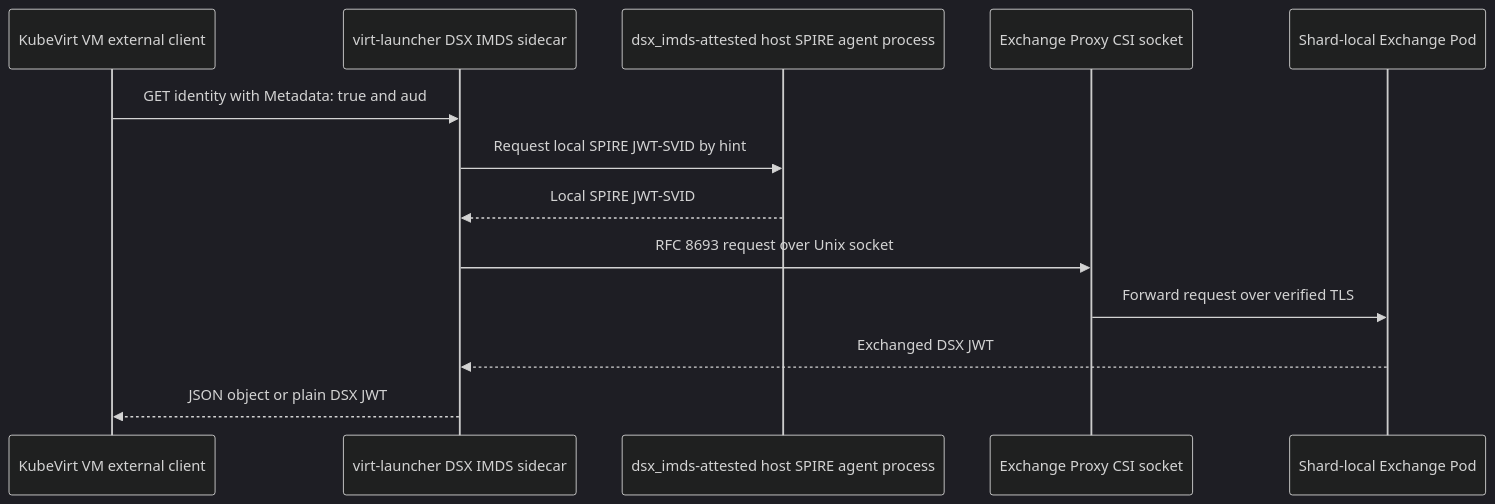
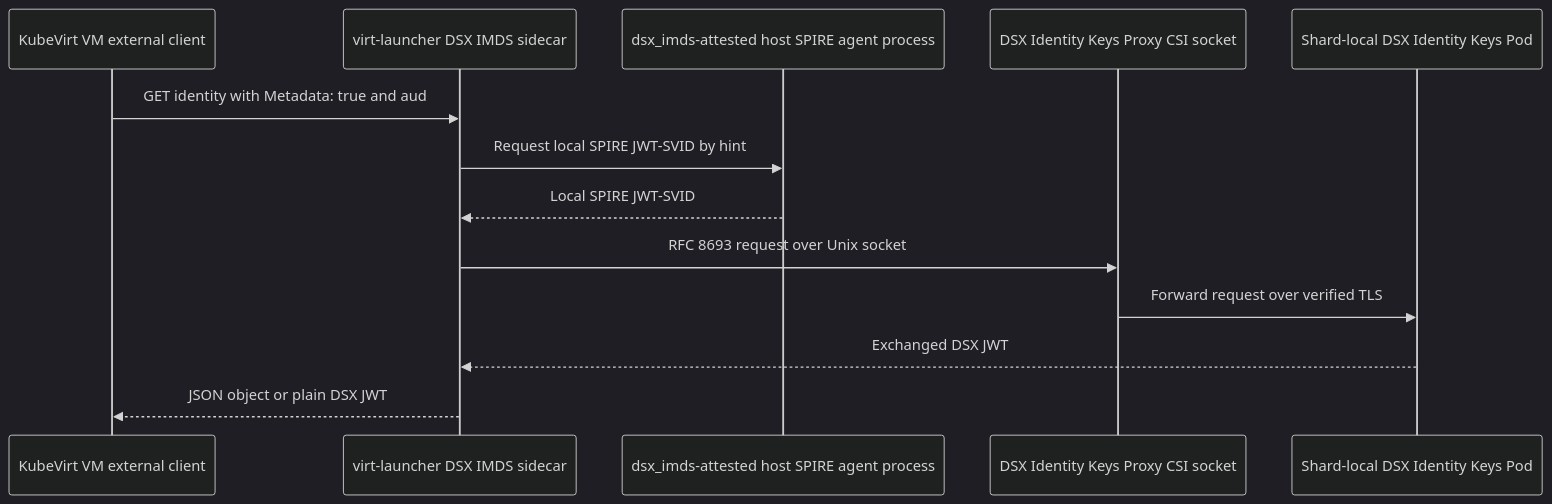
The first of 3 diagrams in cmd/metadata-service/README.md (dsx-ai-factory/nvidia-workload-identity), drawn with Mermaid (dark theme) before and after one commit. The commit also changed other lines of this file and 68 other files, not shown here.

Commit message:
fix!: rename component to dsx-identity-keys

````diff
--- a/cmd/metadata-service/README.md
+++ b/cmd/metadata-service/README.md
@@ -9,15 +10,15 @@
 ```mermaid
 sequenceDiagram
     participant VM as KubeVirt VM external client
     participant MS as virt-launcher DSX IMDS sidecar
     participant SA as dsx_imds-attested host SPIRE agent process
-    participant CSI as Exchange Proxy CSI socket
-    participant EX as Shard-local Exchange Pod
+    participant CSI as DSX Identity Keys Proxy CSI socket
+    participant EX as Shard-local DSX Identity Keys Pod
     VM->>MS: GET identity with Metadata: true and aud
     MS->>SA: Request local SPIRE JWT-SVID by hint
     SA-->>MS: Local SPIRE JWT-SVID
     MS->>CSI: RFC 8693 request over Unix socket
     CSI->>EX: Forward request over verified TLS
     EX-->>MS: Exchanged DSX JWT
     MS-->>VM: JSON object or plain DSX JWT
 ```
````
